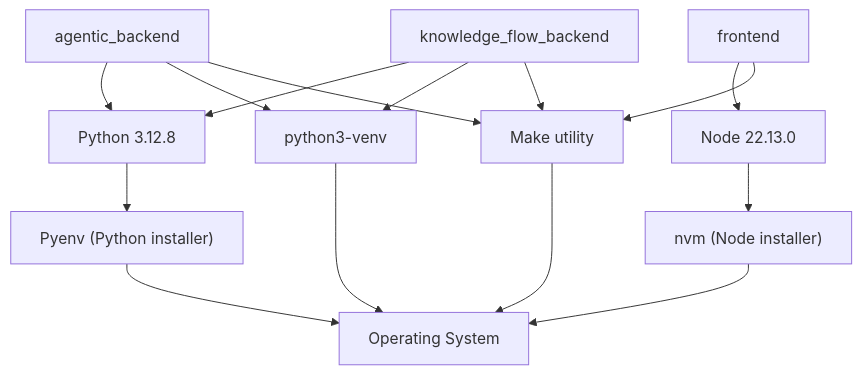
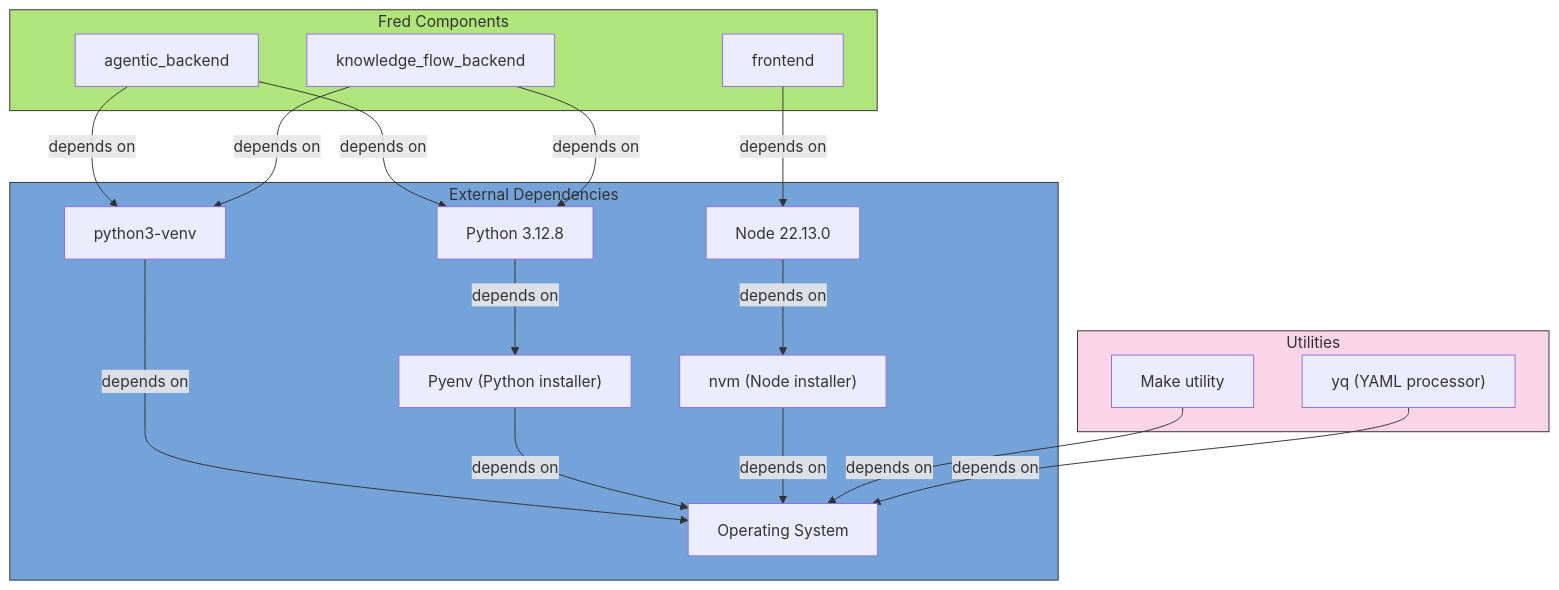
Before and after one commit to ThalesGroup/fred: the diagram in README.md, drawn with Mermaid. The commit also changed other lines of this file, not shown here.

````diff
--- a/README.md
+++ b/README.md
@@ -86,33 +77,45 @@
-```mermaid
-graph TD
-    Agentic["agentic_backend"]
-    Knowledge["knowledge_flow_backend"]
-    Frontend["frontend"]
-    Python["Python 3.12.8"]
-    Venv["python3-venv"]
-    Node["Node 22.13.0"]
-    Pyenv["Pyenv (Python installer)"]
-    NVM["nvm (Node installer)"]
-    Make["Make utility"]
-    OS["Operating System"]
+  ```mermaid
+  graph TD
+      subgraph FredComponents["Fred Components"]
+        style FredComponents fill:#b0e57c,stroke:#333,stroke-width:2px  %% Green Color
+          Agentic["agentic_backend"]
+          Knowledge["knowledge_flow_backend"]
+          Frontend["frontend"]
+      end
 
-    Agentic --> Python
-    Agentic --> Venv
-    Agentic --> Make
+      subgraph ExternalDependencies["External Dependencies"]
+        style ExternalDependencies fill:#74a3d9,stroke:#333,stroke-width:2px  %% Blue Color
+          Python["Python 3.12.8"]
+          Venv["python3-venv"]
+          Node["Node 22.13.0"]
+          Pyenv["Pyenv (Python installer)"]
+          NVM["nvm (Node installer)"]
+          OS["Operating System"]
+      end
 
-    Knowledge --> Python
-    Knowledge --> Venv
-    Knowledge --> Make
+      subgraph Utilities["Utilities"]
+        style Utilities fill:#f9d5e5,stroke:#333,stroke-width:2px  %% Pink Color
+          Make["Make utility"]
+          Yq["yq (YAML processor)"]
+      end
 
-    Frontend --> Node
-    Frontend --> Make
+      Agentic -->|depends on| Python
+      Agentic -->|depends on| Venv
 
-    Python --> Pyenv
-    Venv --> OS
+      Knowledge -->|depends on| Python
+      Knowledge -->|depends on| Venv
 
-    Node --> NVM
+      Frontend -->|depends on| Node
 
-    Pyenv --> OS
-    NVM --> OS
-    Make --> OS
-```
+      Python -->|depends on| Pyenv
+      Venv -->|depends on| OS
+
+      Node -->|depends on| NVM
+
+      Pyenv -->|depends on| OS
+      NVM -->|depends on| OS
+      Make -->|depends on| OS
+      
+      Yq -->|depends on| OS
+
+  ```
````
